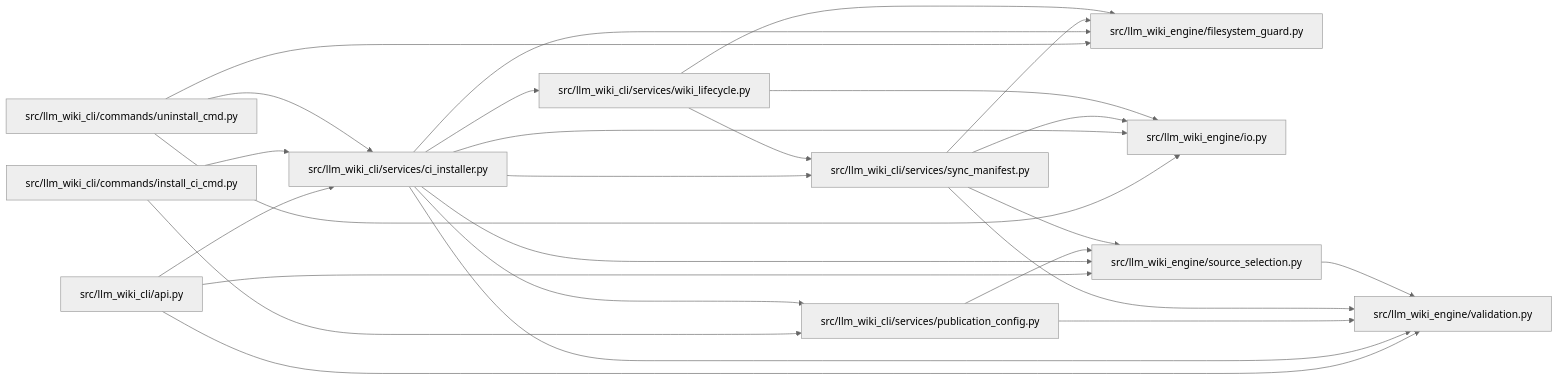
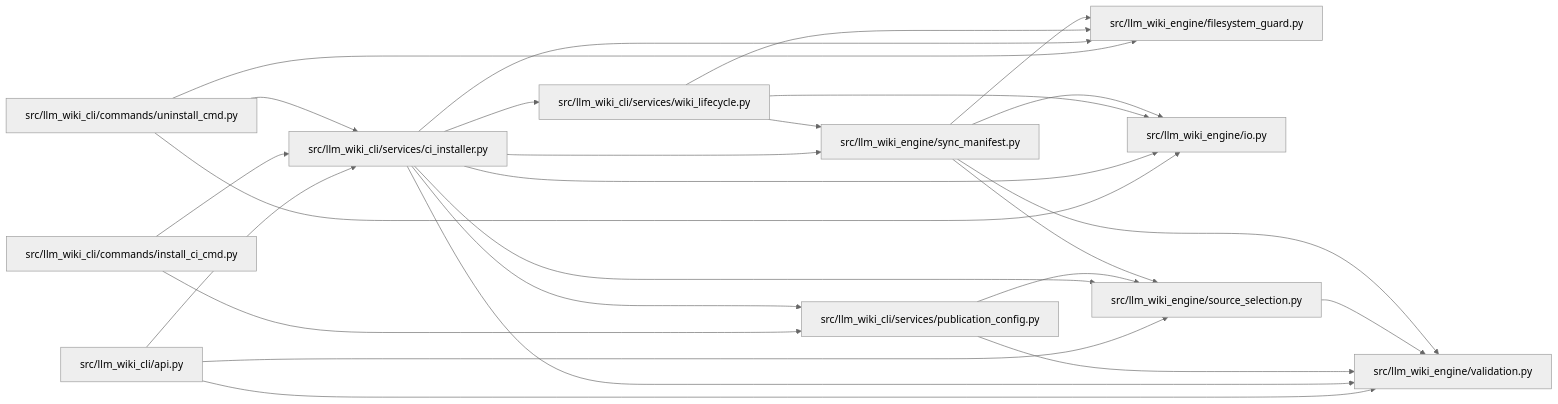
One commit to Denissvgn/python-wiki-llm changed the diagram in docs/llm_wiki/modules/ci_installer.md. Above: the diagram before and after it, drawn with Mermaid (neutral theme). The commit also changed other lines of this file and 1058 other files, not shown here.

````diff
--- a/docs/llm_wiki/modules/ci_installer.md
+++ b/docs/llm_wiki/modules/ci_installer.md
@@ -31,50 +31,50 @@
 ```mermaid
 flowchart LR
     n0["src/llm_wiki_cli/api.py"]
     n1["src/llm_wiki_cli/commands/install_ci_cmd.py"]
     n2["src/llm_wiki_cli/commands/uninstall_cmd.py"]
     n3["src/llm_wiki_cli/services/ci_installer.py"]
     n4["src/llm_wiki_cli/services/publication_config.py"]
-    n5["src/llm_wiki_cli/services/sync_manifest.py"]
-    n6["src/llm_wiki_cli/services/wiki_lifecycle.py"]
-    n7["src/llm_wiki_engine/filesystem_guard.py"]
-    n8["src/llm_wiki_engine/io.py"]
-    n9["src/llm_wiki_engine/source_selection.py"]
+    n5["src/llm_wiki_cli/services/wiki_lifecycle.py"]
+    n6["src/llm_wiki_engine/filesystem_guard.py"]
+    n7["src/llm_wiki_engine/io.py"]
+    n8["src/llm_wiki_engine/source_selection.py"]
+    n9["src/llm_wiki_engine/sync_manifest.py"]
     n10["src/llm_wiki_engine/validation.py"]
     n0 --> n3
-    n0 --> n9
+    n0 --> n8
     n0 --> n10
     n1 --> n3
     n1 --> n4
     n2 --> n3
+    n2 --> n6
     n2 --> n7
-    n2 --> n8
     n3 --> n4
     n3 --> n5
     n3 --> n6
     n3 --> n7
     n3 --> n8
     n3 --> n9
     n3 --> n10
-    n4 --> n9
+    n4 --> n8
     n4 --> n10
+    n5 --> n6
     n5 --> n7
-    n5 --> n8
     n5 --> n9
-    n5 --> n10
-    n6 --> n5
-    n6 --> n7
-    n6 --> n8
+    n8 --> n10
+    n9 --> n6
+    n9 --> n7
+    n9 --> n8
     n9 --> n10
     click n0 "../modules/api.md"
     click n1 "../modules/install_ci_cmd.md"
     click n2 "../modules/uninstall_cmd.md"
     click n3 "../modules/ci_installer.md"
     click n4 "../modules/publication_config.md"
-    click n5 "../modules/sync_manifest.md"
-    click n6 "../modules/wiki_lifecycle.md"
-    click n7 "../modules/filesystem_guard.md"
-    click n8 "../modules/io.md"
-    click n9 "../modules/source_selection.md"
+    click n5 "../modules/wiki_lifecycle.md"
+    click n6 "../modules/filesystem_guard.md"
+    click n7 "../modules/io.md"
+    click n8 "../modules/source_selection.md"
+    click n9 "../modules/sync_manifest.md"
     click n10 "../modules/validation.md"
 ```
````
